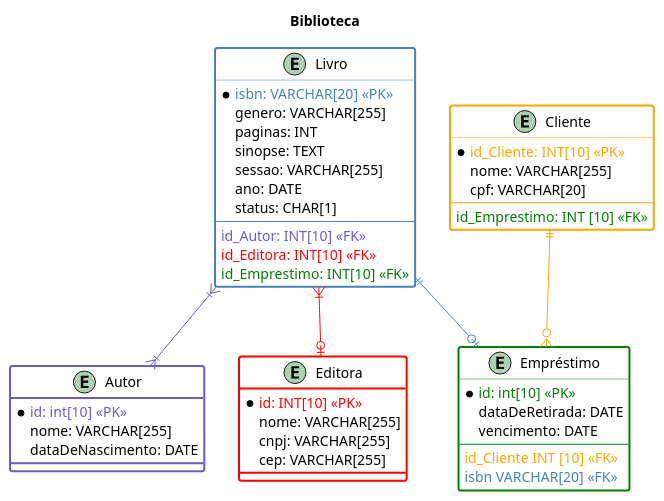
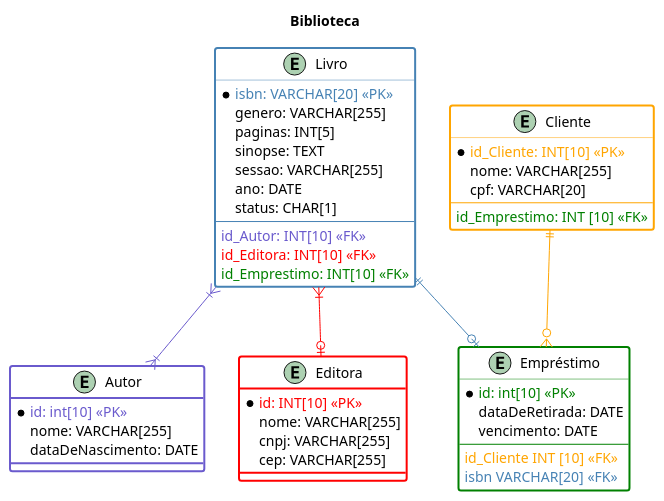
One commit to galaticghost/guieq.klarrind changed the diagram in Modelagem/biblioteca.wsd. Above: the diagram before and after it, drawn with PlantUML. The commit also changed 6 other files, not shown here.

```diff
--- a/Modelagem/biblioteca.wsd
+++ b/Modelagem/biblioteca.wsd
@@ -1,55 +1,55 @@
 @startuml biblioteca
 title Biblioteca
 
 entity Livro #white;line.bold;line:SteelBlue{
     *<color: SteelBlue>isbn: VARCHAR[20] <<PK>>
     genero: VARCHAR[255]
-    paginas: INT
+    paginas: INT[5]
     sinopse: TEXT
     sessao: VARCHAR[255]
     ano: DATE
     status: CHAR[1]
     --
     <color: SlateBlue>id_Autor: INT[10] <<FK>>
     <color: Red>id_Editora: INT[10] <<FK>>
     <color: Green>id_Emprestimo: INT[10] <<FK>>
 }
 
 entity Autor #white;line.bold;line:Slateblue{
     *<color: SlateBlue>id: int[10] <<PK>>
     nome: VARCHAR[255]
     dataDeNascimento: DATE
 
 
 }
 
 entity Editora #white;line.bold;line:Red{
     *<color: Red>id: INT[10] <<PK>>
     nome: VARCHAR[255]
     cnpj: VARCHAR[255]
     cep: VARCHAR[255]
     
 }
 
 entity Empréstimo #white;line.bold;line:Green{
     *<color: Green>id: int[10] <<PK>>
     dataDeRetirada: DATE
     vencimento: DATE  
     --
     <color: Orange>id_Cliente INT [10] <<FK>>
     <color: SteelBlue>isbn VARCHAR[20] <<FK>>
 }
 
 entity Cliente #white;line.bold;line:Orange{
     *<color: Orange>id_Cliente: INT[10] <<PK>>
     nome: VARCHAR[255]
     cpf: VARCHAR[20]
     --
     <color: Green>id_Emprestimo: INT [10] <<FK>>
 }
 
 Livro }|-[#SlateBlue]-|{ Autor
 Livro }|-[#Red]-o| Editora
 Livro ||-[#SteelBlue]-o| Empréstimo
 Cliente ||-[#Orange]-o{ Empréstimo
 @enduml
```
